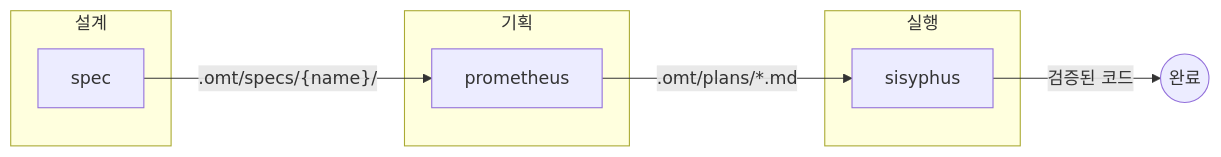
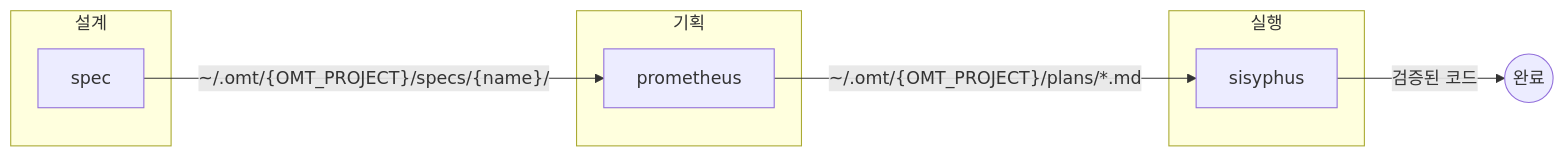
Before and after one commit to toongri/oh-my-toong-playground: the first of 5 diagrams in README.md, drawn with Mermaid. The commit also changed other lines of this file and 21 other files, not shown here.

````diff
--- a/README.md
+++ b/README.md
@@ -68,16 +68,16 @@
 ```mermaid
 flowchart LR
     subgraph 설계
         spec["spec"]
     end
     subgraph 기획
         prometheus["prometheus"]
     end
     subgraph 실행
         sisyphus["sisyphus"]
     end
 
-    spec -->|".omt/specs/{name}/"| prometheus
-    prometheus -->|".omt/plans/*.md"| sisyphus
+    spec -->|"~/.omt/{OMT_PROJECT}/specs/{name}/"| prometheus
+    prometheus -->|"~/.omt/{OMT_PROJECT}/plans/*.md"| sisyphus
     sisyphus -->|"검증된 코드"| Done((완료))
 ```
````
